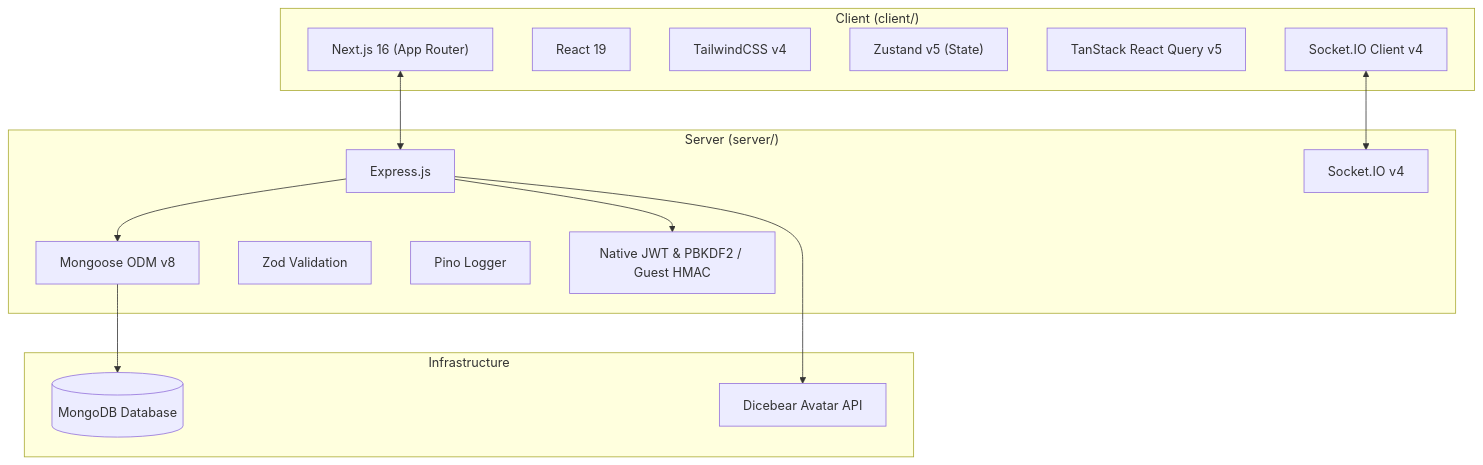
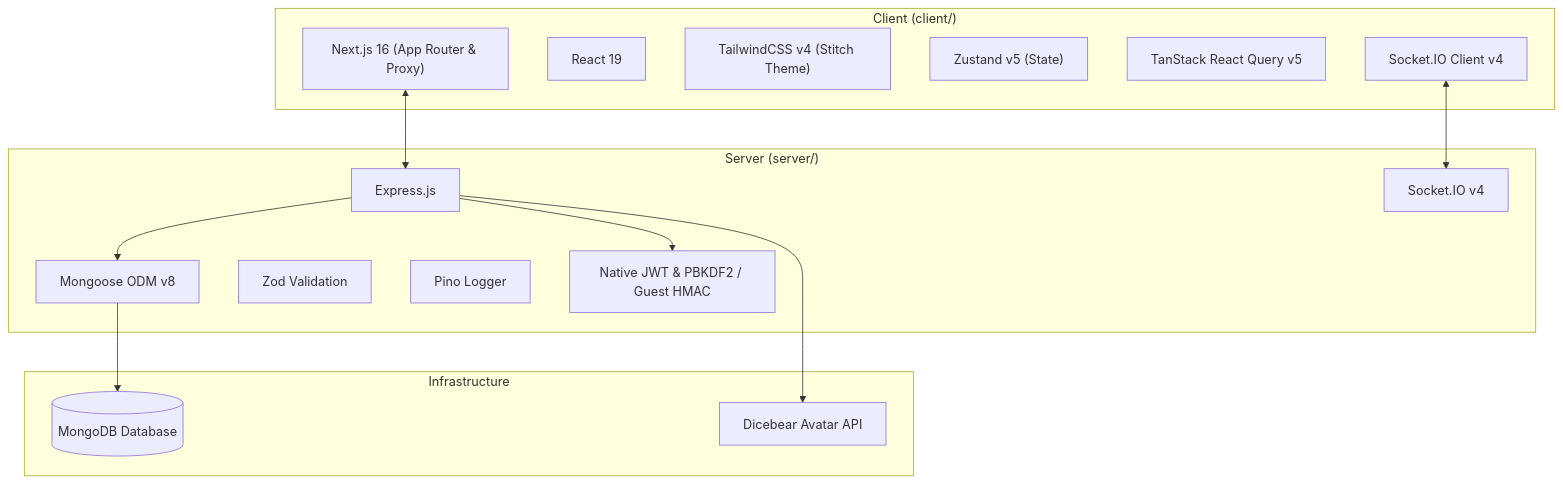
One commit to harshverma-25/CodeArena changed the second of 2 diagrams in docs/00-project-overview.md. Above: the diagram before and after it, drawn with Mermaid. The commit also changed other lines of this file and 59 other files, not shown here.

````diff
--- a/docs/00-project-overview.md
+++ b/docs/00-project-overview.md
@@ -50,31 +52,31 @@
 ```mermaid
 flowchart TD
     subgraph Client ["Client (client/)"]
-        Next["Next.js 16 (App Router)"]
+        Next["Next.js 16 (App Router & Proxy)"]
         React["React 19"]
-        Tailwind["TailwindCSS v4"]
+        Tailwind["TailwindCSS v4 (Stitch Theme)"]
         Zustand["Zustand v5 (State)"]
         Query["TanStack React Query v5"]
         SocketClient["Socket.IO Client v4"]
     end
 
     subgraph Server ["Server (server/)"]
         Express["Express.js"]
         SocketServer["Socket.IO v4"]
         Mongoose["Mongoose ODM v8"]
         Zod["Zod Validation"]
         Pino["Pino Logger"]
         NativeAuth["Native JWT & PBKDF2 / Guest HMAC"]
     end
 
     subgraph Infrastructure ["Infrastructure"]
         MongoDB[(MongoDB Database)]
         Dicebear[Dicebear Avatar API]
     end
 
     Next <--> Express
     SocketClient <--> SocketServer
     Express --> Mongoose --> MongoDB
     Express --> NativeAuth
     Express --> Dicebear
 ```
````
